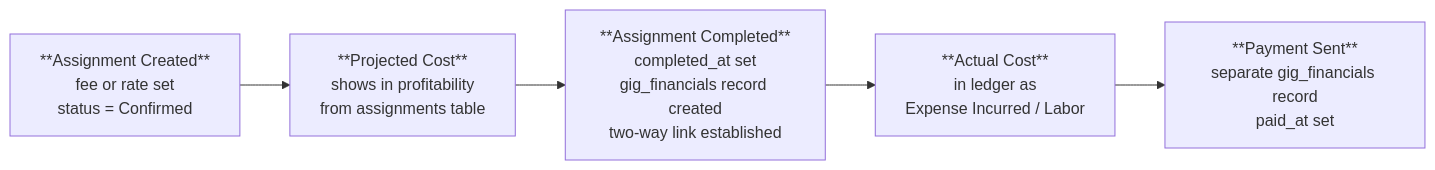
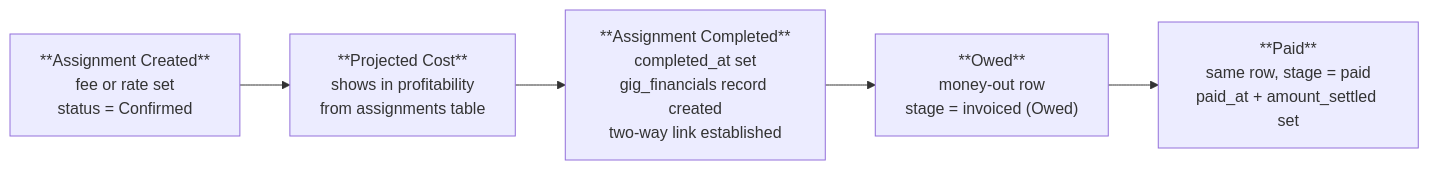
One commit to corourke/GigManager changed the second of 2 diagrams in docs/technical/gig-financials.md. Above: the diagram before and after it, drawn with Mermaid. The commit also changed other lines of this file and 43 other files, not shown here.

First line of the commit message:
Gig financials: money in / money out with stages (Design A)

````diff
--- a/docs/technical/gig-financials.md
+++ b/docs/technical/gig-financials.md
@@ -150,7 +152,7 @@
 ```mermaid
 flowchart LR
     A["**Assignment Created**<br />fee or rate set<br />status = Confirmed"] --> B["**Projected Cost**<br />shows in profitability<br />from assignments table"]
     B --> C["**Assignment Completed**<br />completed_at set<br />gig_financials record created<br />two-way link established"]
-    C --> D["**Actual Cost**<br />in ledger as<br />Expense Incurred / Labor"]
-    D --> E["**Payment Sent**<br />separate gig_financials record<br />paid_at set"]
+    C --> D["**Owed**<br />money-out row<br />stage = invoiced (Owed)"]
+    D --> E["**Paid**<br />same row, stage = paid<br />paid_at + amount_settled set"]
 ```
````
